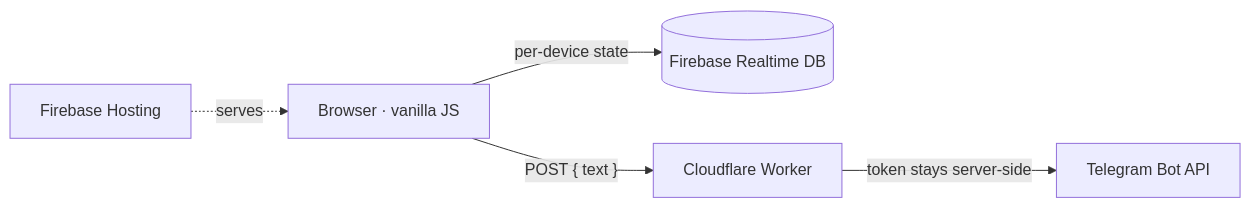
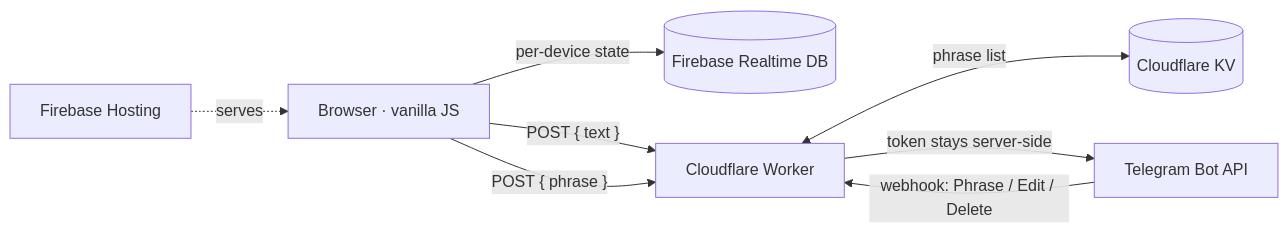
Before and after one commit to APELSINKos/site_for_liza: the diagram in README.md, drawn with Mermaid. The commit also changed other lines of this file and 9 other files, not shown here.

````diff
--- a/README.md
+++ b/README.md
@@ -52,7 +56,10 @@
 ```mermaid
 flowchart LR
   U[Browser · vanilla JS] -->|per-device state| DB[(Firebase Realtime DB)]
   U -->|"POST { text }"| W[Cloudflare Worker]
+  U -->|"POST { phrase }"| W
+  W <-->|phrase list| KV[(Cloudflare KV)]
   W -->|token stays server-side| TG[Telegram Bot API]
+  TG -->|"webhook: Phrase / Edit / Delete"| W
   H[Firebase Hosting] -.serves.-> U
 ```
````
